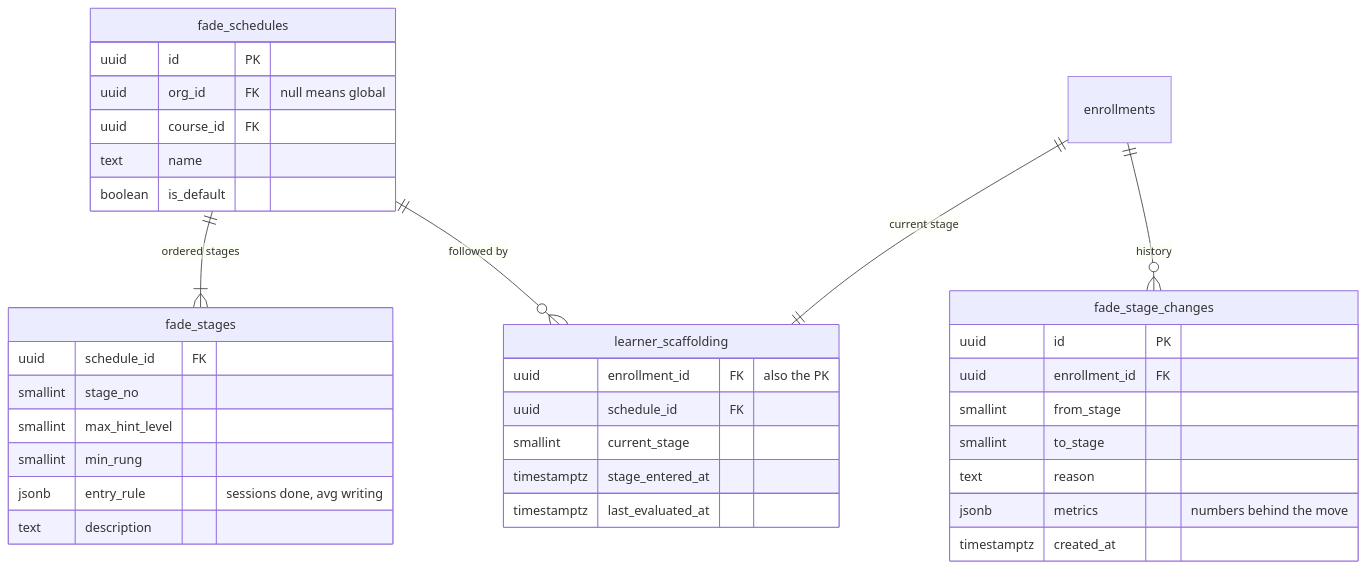
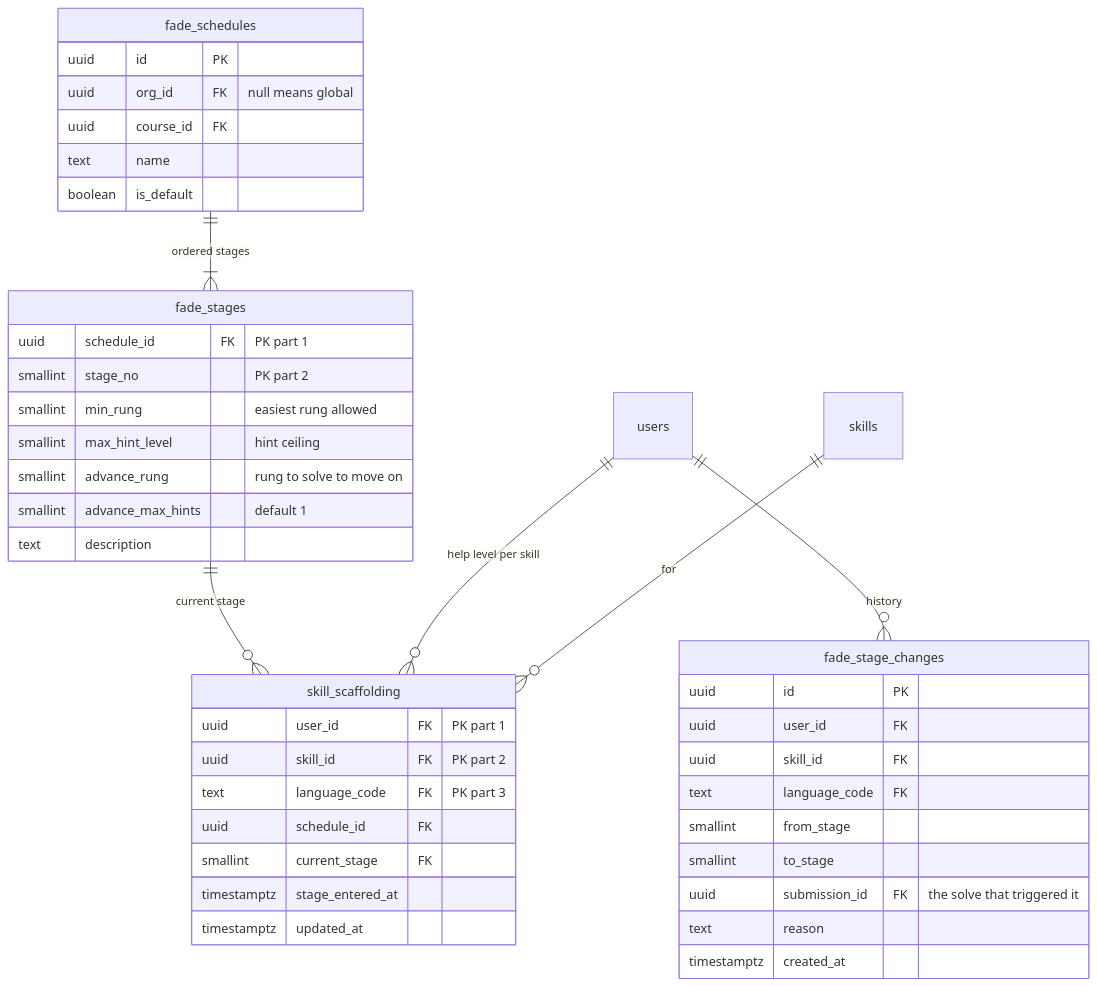
Diagram 14 of 32 in DOCS/phase-2/MP3-System-Design.md (Nidanos/ai-tutor-platform), drawn with Mermaid before and after one commit. The commit also changed other lines of this file, not shown here.

Commit message:
docs: update Phase 2 design with per-skill fade, schema refinements and auth decisions

````diff
--- a/DOCS/phase-2/MP3-System-Design.md
+++ b/DOCS/phase-2/MP3-System-Design.md
@@ -839,38 +908,44 @@
 ```mermaid
 erDiagram
   fade_schedules ||--|{ fade_stages : "ordered stages"
-  fade_schedules ||--o{ learner_scaffolding : "followed by"
-  enrollments ||--|| learner_scaffolding : "current stage"
-  enrollments ||--o{ fade_stage_changes : "history"
+  fade_stages ||--o{ skill_scaffolding : "current stage"
+  users ||--o{ skill_scaffolding : "help level per skill"
+  skills ||--o{ skill_scaffolding : "for"
+  users ||--o{ fade_stage_changes : "history"
   fade_schedules {
     uuid id PK
     uuid org_id FK "null means global"
     uuid course_id FK
     text name
     boolean is_default
   }
   fade_stages {
-    uuid schedule_id FK
-    smallint stage_no
-    smallint max_hint_level
-    smallint min_rung
-    jsonb entry_rule "sessions done, avg writing"
+    uuid schedule_id FK "PK part 1"
+    smallint stage_no "PK part 2"
+    smallint min_rung "easiest rung allowed"
+    smallint max_hint_level "hint ceiling"
+    smallint advance_rung "rung to solve to move on"
+    smallint advance_max_hints "default 1"
     text description
   }
-  learner_scaffolding {
-    uuid enrollment_id FK "also the PK"
+  skill_scaffolding {
+    uuid user_id FK "PK part 1"
+    uuid skill_id FK "PK part 2"
+    text language_code FK "PK part 3"
     uuid schedule_id FK
-    smallint current_stage
+    smallint current_stage FK
     timestamptz stage_entered_at
-    timestamptz last_evaluated_at
+    timestamptz updated_at
   }
   fade_stage_changes {
     uuid id PK
-    uuid enrollment_id FK
+    uuid user_id FK
+    uuid skill_id FK
+    text language_code FK
     smallint from_stage
     smallint to_stage
+    uuid submission_id FK "the solve that triggered it"
     text reason
-    jsonb metrics "numbers behind the move"
     timestamptz created_at
   }
 ```
````
